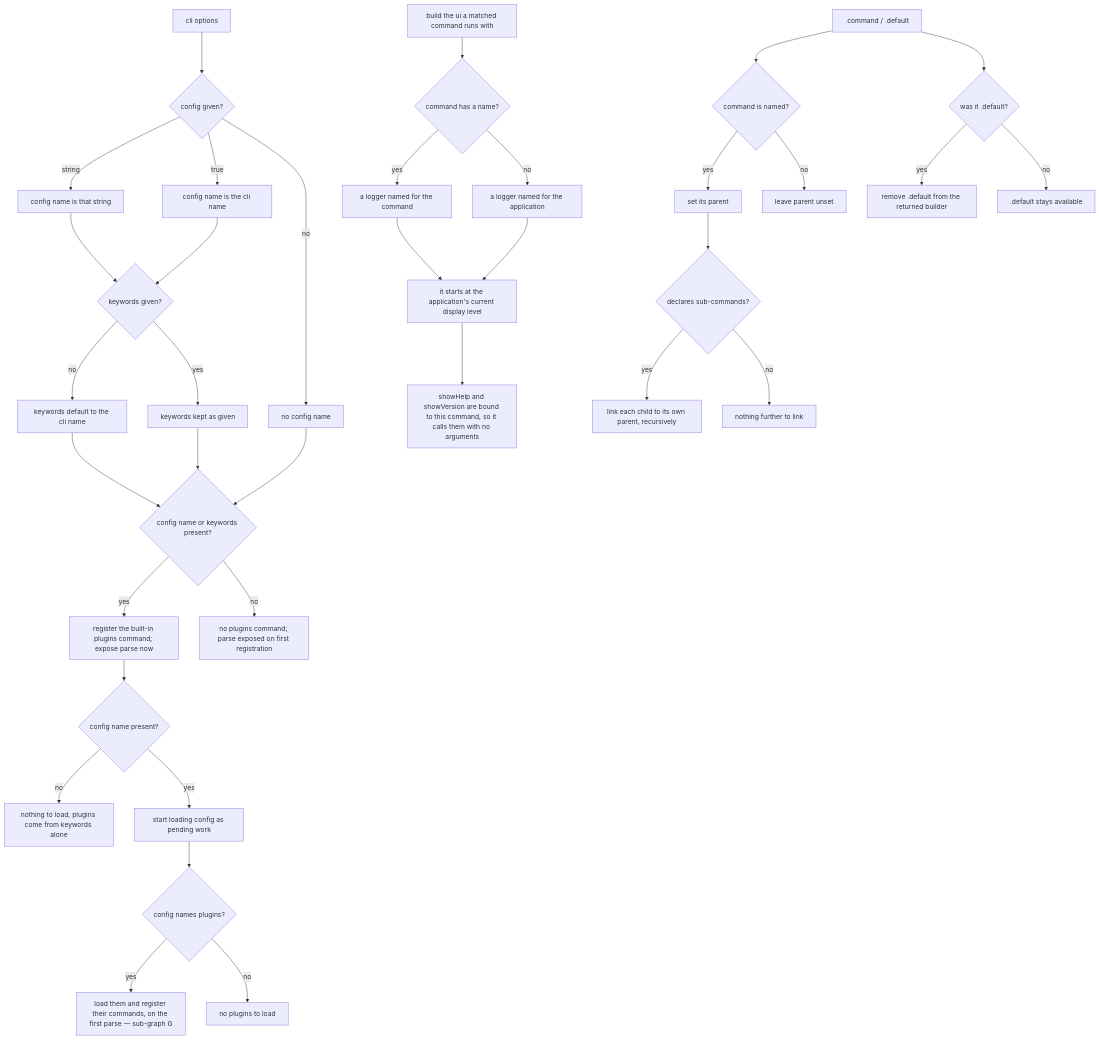
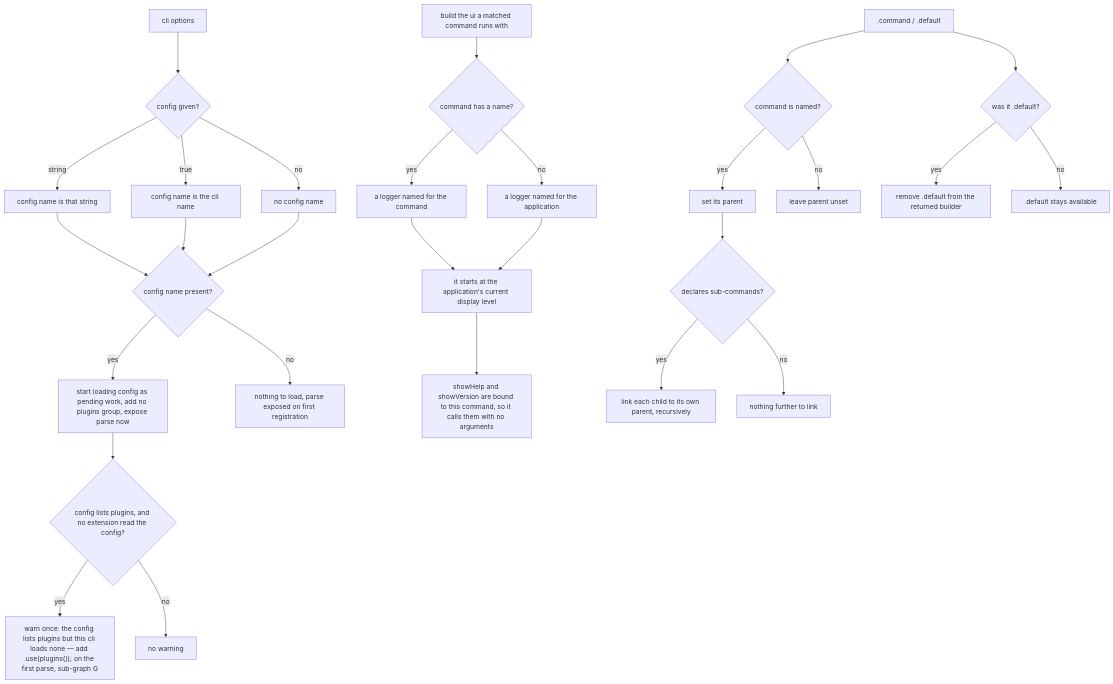
The first of 6 diagrams in packages/clibuilder/.agents/spec/execution/README.md (clibuilder/clibuilder), drawn with Mermaid before and after one commit. The commit also changed other lines of this file and 150 other files, not shown here.

````diff
--- a/packages/clibuilder/.agents/spec/execution/README.md
+++ b/packages/clibuilder/.agents/spec/execution/README.md
@@ -332,36 +323,30 @@
 ```mermaid
 graph TD
   O[cli options] --> CN{config given?}
   CN -- "string" --> CS[config name is that string]
   CN -- "true" --> CT[config name is the cli name]
   CN -- no --> CU[no config name]
-  CS --> KW{keywords given?}
-  CT --> KW
-  KW -- no --> KD[keywords default to the cli name]
-  KW -- yes --> KK[keywords kept as given]
-  KD --> PL{config name or keywords present?}
-  KK --> PL
-  CU --> PL
-  PL -- yes --> PC[register the built-in plugins command; expose parse now]
-  PL -- no --> PN[no plugins command; parse exposed on first registration]
-  PC --> LC{config name present?}
+  CS --> LC
+  CT --> LC{config name present?}
+  CU --> LC
+  LC -- yes --> LOAD["start loading config as pending work, add no plugins group, expose parse now"]
+  LC -- no --> NOLOAD[nothing to load, parse exposed on first registration]
+  LOAD --> HASP{"config lists plugins, and no extension read the config?"}
+  HASP -- yes --> WARN["warn once: the config lists plugins but this cli loads none — add .use(plugins()); on the first parse, sub-graph G"]
+  HASP -- no --> NOWARN[no warning]
   UIB[build the ui a matched command runs with] --> UIN{command has a name?}
   UIN -- yes --> UIC[a logger named for the command]
   UIN -- no --> UIA[a logger named for the application]
   UIC --> UIL[it starts at the application's current display level]
   UIA --> UIL
   UIL --> UIW[showHelp and showVersion are bound to this command, so it calls them with no arguments]
-  LC -- no --> NOLOAD[nothing to load; plugins come from keywords alone]
-  LC -- yes --> LOAD[start loading config as pending work] --> HASP{config names plugins?}
-  HASP -- yes --> LP[load them and register their commands, on the first parse — sub-graph G]
-  HASP -- no --> NOP2[no plugins to load]
   REG[".command / .default"] --> ADJ{command is named?}
   ADJ -- yes --> PAR[set its parent]
   ADJ -- no --> NOP[leave parent unset]
   PAR --> NEST{declares sub-commands?}
   NEST -- yes --> RECUR[link each child to its own parent, recursively]
   NEST -- no --> DONE[nothing further to link]
   REG --> DEF{"was it .default?"}
   DEF -- yes --> ONCE[remove .default from the returned builder]
   DEF -- no --> KEEP[".default stays available"]
 ```
````
